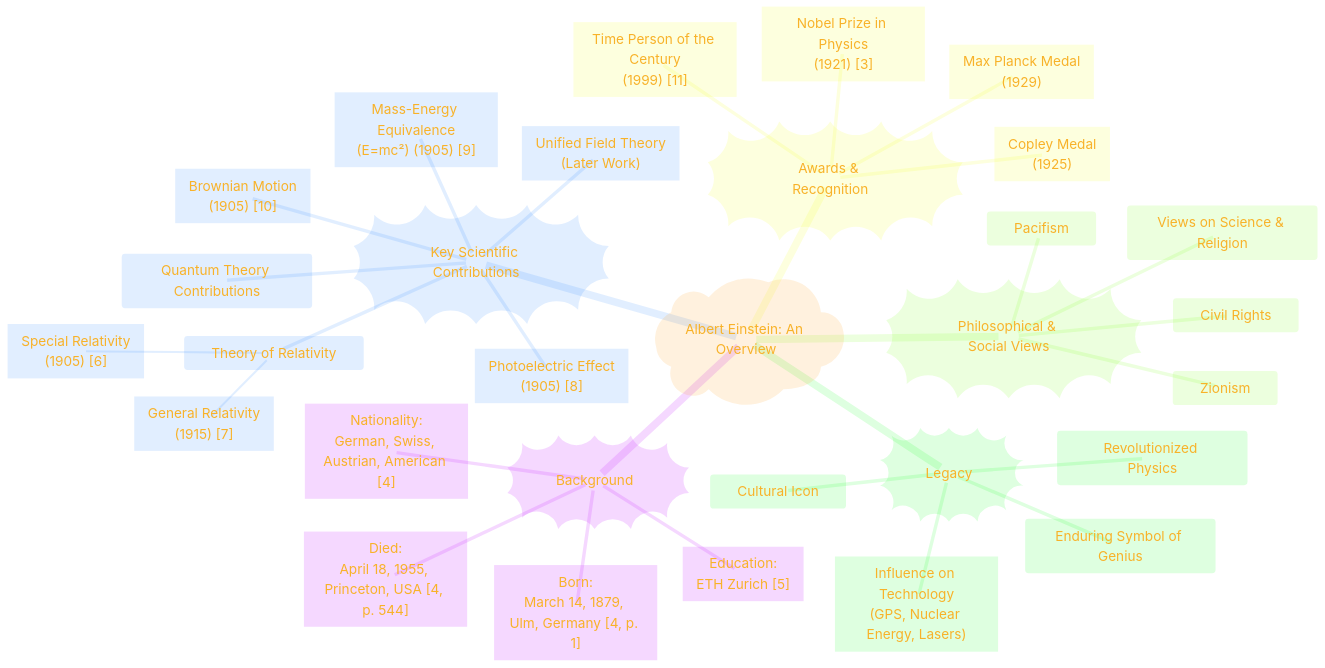
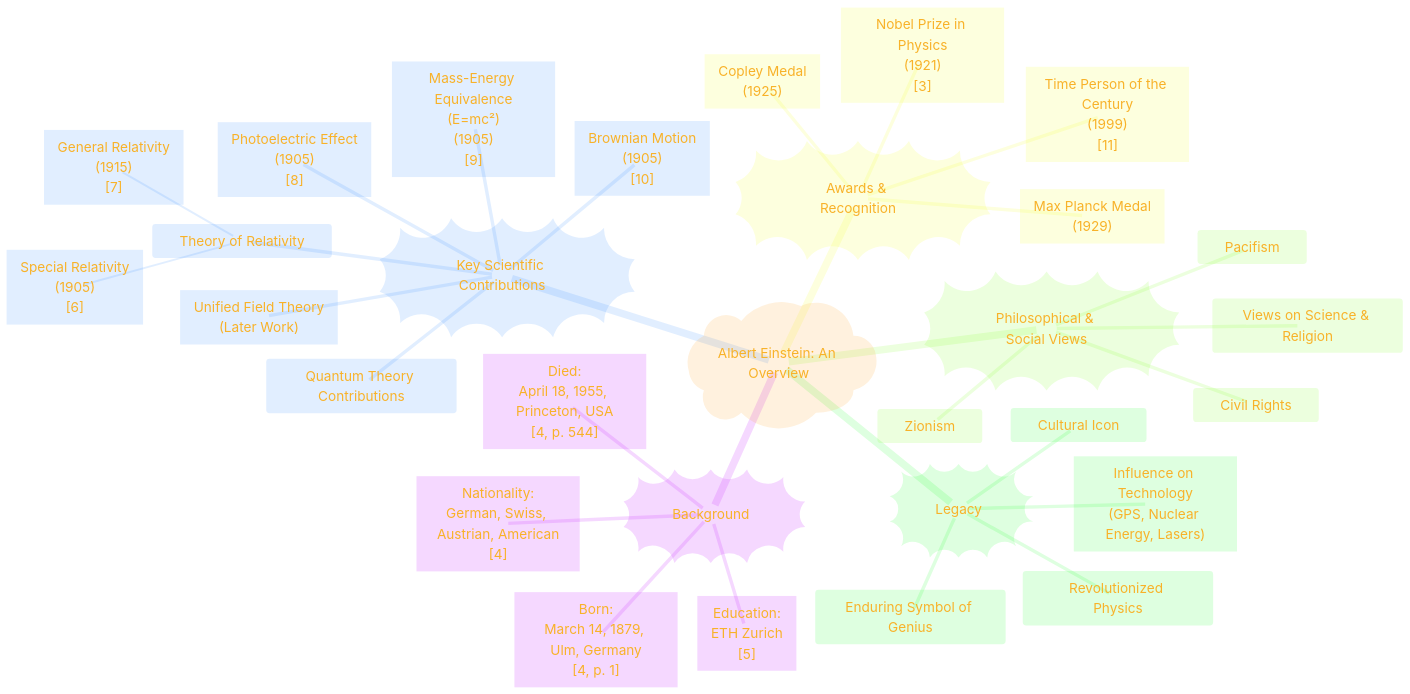
The first of 10 diagrams in Albert_Einstein/Albert_Einstein_A_Revolution_in_Physics.md (CongLeSolutionX/The-Formula-Founders), drawn with Mermaid before and after one commit. The commit also changed other lines of this file, not shown here.

````diff
--- a/Albert_Einstein/Albert_Einstein_A_Revolution_in_Physics.md
+++ b/Albert_Einstein/Albert_Einstein_A_Revolution_in_Physics.md
@@ -36,61 +36,61 @@
 ```mermaid
 ---
 title: "Albert Einstein: A Revolution in Physics"
 author: "Cong Le"
 version: "1.0"
 license(s): "MIT, CC BY 4.0"
 copyright: "Copyright (c) 2025 Cong Le. All Rights Reserved."
 config:
   theme: base
 ---
 %%%%%%%% Mermaid version v11.4.1-b.14
 %%{
   init: {
     'fontFamily': 'Andale Mono, monospace',
     'mindmap': {
 	    'nodeAlign': 'center',
 	    'padding': 20
     },
     'themeVariables': {
       'primaryColor': '#FC82',
       'primaryTextColor': '#F8B229',
       'primaryBorderColor': '#27AE60',
       'secondaryColor': '#EBF3',
       'secondaryTextColor': '#6C3483',
       'secondaryBorderColor': '#A569BD',
       'fontSize': '20px'
     }
   }
 }%%
 mindmap
   root)"Albert Einstein: An Overview"(
     Background))"Background"((
-      Born["Born:<br/>March 14, 1879, Ulm, Germany [4, p. 1]"]
-      Died["Died:<br/>April 18, 1955, Princeton, USA [4, p. 544]"]
-      Education["Education:<br/>ETH Zurich [5]"]
-      Nationality["Nationality:<br/>German, Swiss, Austrian, American [4]"]
+      Born["Born:<br/>March 14, 1879, Ulm, Germany<br/>[4, p. 1]"]
+      Died["Died:<br/>April 18, 1955, Princeton, USA<br/>[4, p. 544]"]
+      Education["Education:<br/>ETH Zurich<br/>[5]"]
+      Nationality["Nationality:<br/>German, Swiss, Austrian, American<br/>[4]"]
     Key_Scientific_Contributions))"Key Scientific Contributions"((
       Theory of Relativity
-        Special_Relativity["Special Relativity<br/>(1905) [6]"]
-        General_Relativity["General Relativity<br/>(1915) [7]"]
-      Photoelectric_Effect["Photoelectric Effect<br/>(1905) [8]"]
-      Mass_Energy_Equivalence["Mass-Energy Equivalence<br/>(E=mc²) (1905) [9]"]
-      Brownian_Motion["Brownian Motion<br/>(1905) [10]"]
+        Special_Relativity["Special Relativity<br/>(1905)<br/>[6]"]
+        General_Relativity["General Relativity<br/>(1915)<br/>[7]"]
+      Photoelectric_Effect["Photoelectric Effect<br/>(1905)<br/>[8]"]
+      Mass_Energy_Equivalence["Mass-Energy Equivalence<br/>(E=mc²)<br/>(1905)<br/>[9]"]
+      Brownian_Motion["Brownian Motion<br/>(1905)<br/>[10]"]
       Quantum Theory Contributions
       Unified_Field_Theory["Unified Field Theory<br/>(Later Work)"]
     Awards_and_Recognition))"Awards & Recognition"((
-      Nobel_Prize_in_Physics["Nobel Prize in Physics<br/>(1921) [3]"]
+      Nobel_Prize_in_Physics["Nobel Prize in Physics<br/>(1921)<br/>[3]"]
       Copley_Medal["Copley Medal<br/>(1925)"]
       Max_Planck_Medal["Max Planck Medal<br/>(1929)"]
-      Time_Person_of_the_Century["Time Person of the Century<br/>(1999) [11]"]
+      Time_Person_of_the_Century["Time Person of the Century<br/>(1999)<br/>[11]"]
     Philosophical_and_Social_Views))"Philosophical & Social Views"((
       Pacifism
       Civil Rights
       Zionism
       Views on Science & Religion
     Legacy))"Legacy"((
       Revolutionized Physics
       Cultural Icon
       Influence_on_Technology["Influence on Technology<br/>(GPS, Nuclear Energy, Lasers)"]
       Enduring Symbol of Genius
 ```
````
